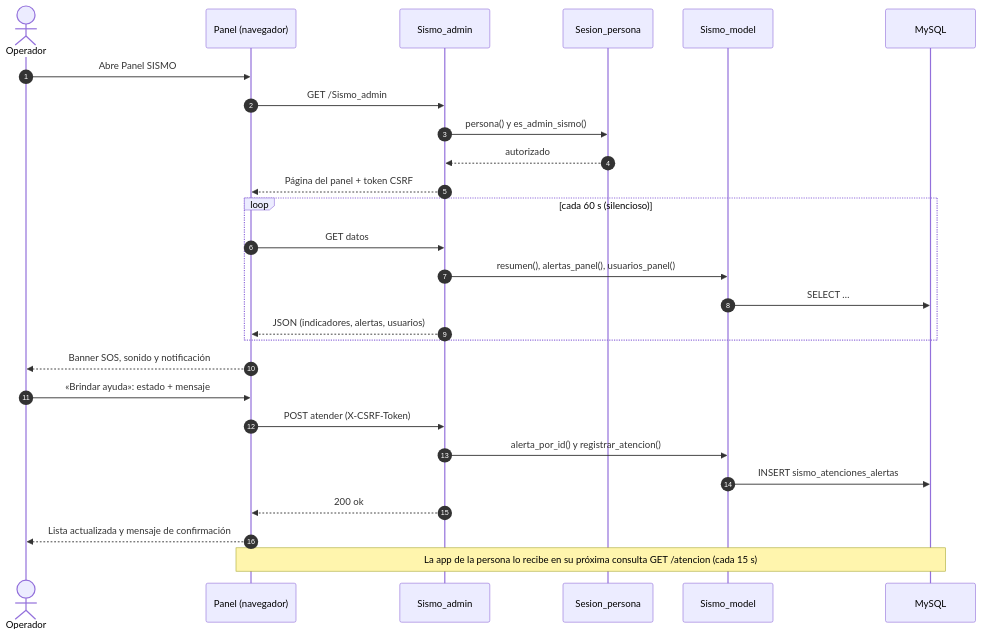
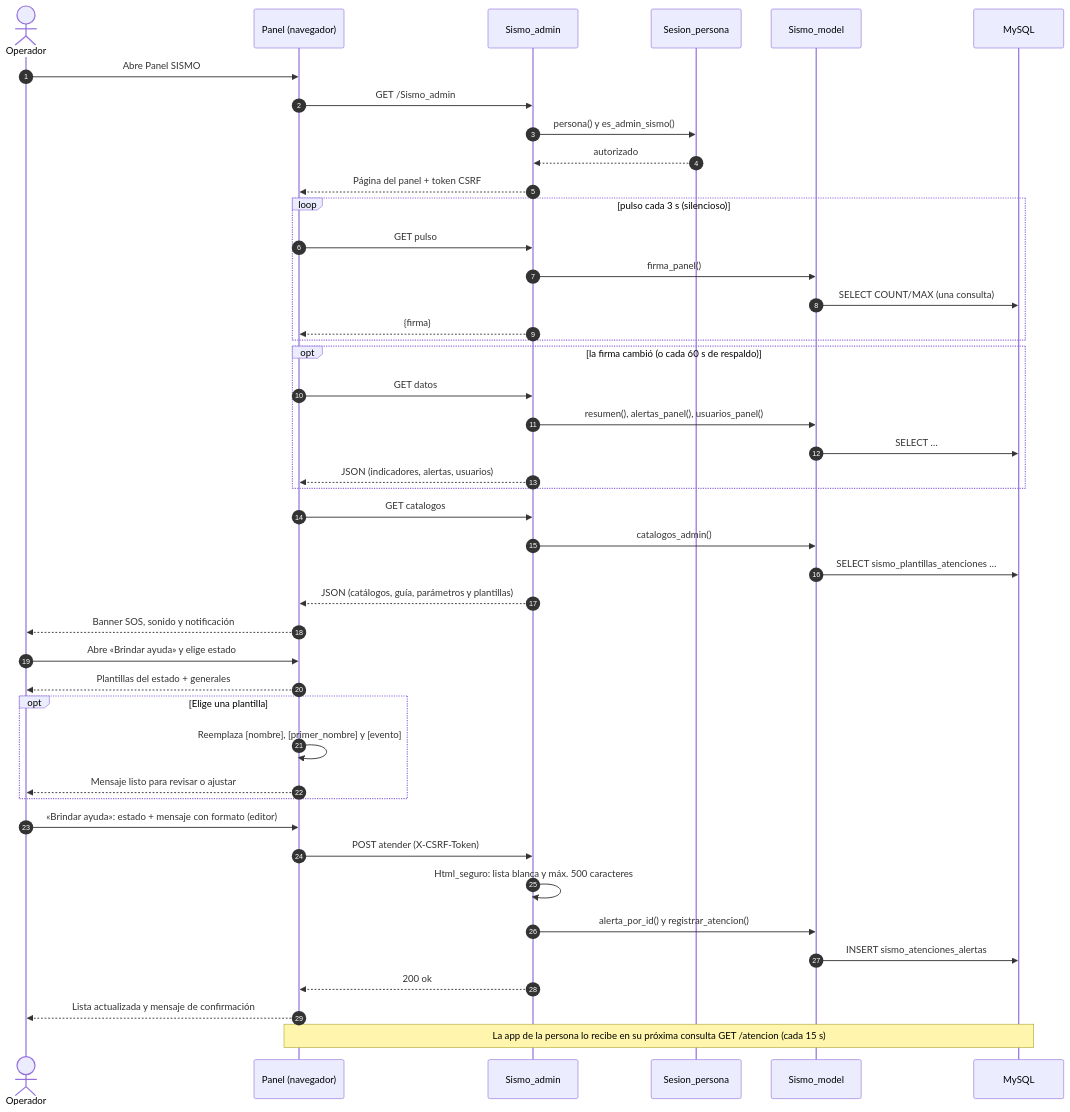
One commit to Davidhunter13/Sismo_front changed the diagram in screenshots/segunda_entrega/diagramas/fuentes/1-uml-y-funcionales/03b-secuencia-operador-brindar-ayuda.mmd. Above: the diagram before and after it, drawn with Mermaid. The commit also changed 97 other files, not shown here.

First line of the commit message:
feat: ayuda urgente, mensajes con formato, sismos con gráfica, Inicio que avisa qué falta y documentación por fases

```diff
--- a/screenshots/segunda_entrega/diagramas/fuentes/1-uml-y-funcionales/03b-secuencia-operador-brindar-ayuda.mmd
+++ b/screenshots/segunda_entrega/diagramas/fuentes/1-uml-y-funcionales/03b-secuencia-operador-brindar-ayuda.mmd
@@ -1,28 +1,45 @@
 %% title: Diagrama de secuencia — Operador: brindar ayuda desde el panel
 sequenceDiagram
   autonumber
   actor O as Operador
   participant PV as Panel (navegador)
   participant CA as Sismo_admin
   participant SP as Sesion_persona
   participant MD as Sismo_model
   participant DB as MySQL
   O->>PV: Abre Panel SISMO
   PV->>CA: GET /Sismo_admin
   CA->>SP: persona() y es_admin_sismo()
   SP-->>CA: autorizado
   CA-->>PV: Página del panel + token CSRF
-  loop cada 60 s (silencioso)
+  loop pulso cada 3 s (silencioso)
+    PV->>CA: GET pulso
+    CA->>MD: firma_panel()
+    MD->>DB: SELECT COUNT/MAX (una consulta)
+    CA-->>PV: {firma}
+  end
+  opt la firma cambió (o cada 60 s de respaldo)
     PV->>CA: GET datos
     CA->>MD: resumen(), alertas_panel(), usuarios_panel()
     MD->>DB: SELECT …
     CA-->>PV: JSON (indicadores, alertas, usuarios)
   end
+  PV->>CA: GET catalogos
+  CA->>MD: catalogos_admin()
+  MD->>DB: SELECT sismo_plantillas_atenciones …
+  CA-->>PV: JSON (catálogos, guía, parámetros y plantillas)
   PV-->>O: Banner SOS, sonido y notificación
-  O->>PV: «Brindar ayuda»: estado + mensaje
+  O->>PV: Abre «Brindar ayuda» y elige estado
+  PV-->>O: Plantillas del estado + generales
+  opt Elige una plantilla
+    PV->>PV: Reemplaza [nombre], [primer_nombre] y [evento]
+    PV-->>O: Mensaje listo para revisar o ajustar
+  end
+  O->>PV: «Brindar ayuda»: estado + mensaje con formato (editor)
   PV->>CA: POST atender (X-CSRF-Token)
+  CA->>CA: Html_seguro: lista blanca y máx. 500 caracteres
   CA->>MD: alerta_por_id() y registrar_atencion()
   MD->>DB: INSERT sismo_atenciones_alertas
   CA-->>PV: 200 ok
   PV-->>O: Lista actualizada y mensaje de confirmación
   Note over PV,DB: La app de la persona lo recibe en su próxima consulta GET /atencion (cada 15 s)
```
